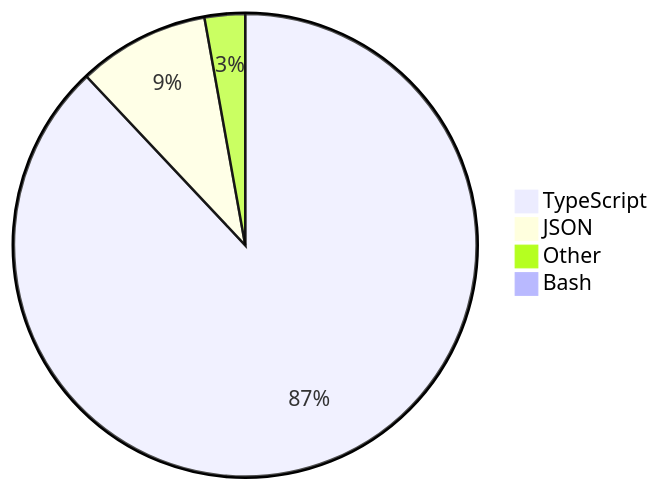
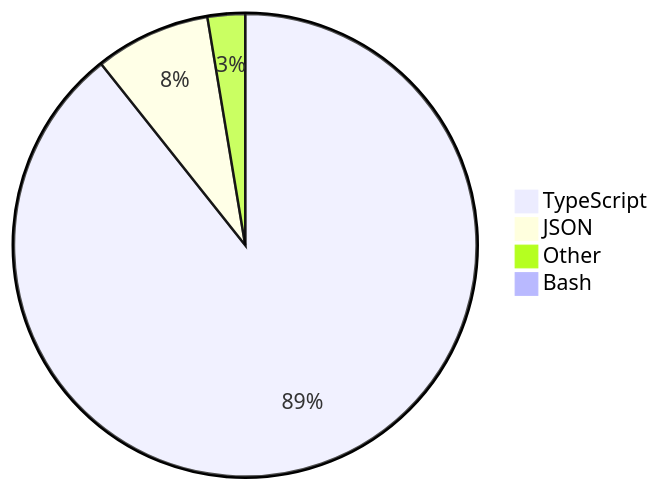
One commit to skvggor/skvggor changed the diagram in README.md. Above: the diagram before and after it, drawn with Mermaid.

Commit message:
Updated waka-readme graph with new metrics

````diff
--- a/README.md
+++ b/README.md
@@ -28,7 +28,7 @@
 ```mermaid
 pie
-    "TypeScript" : 87.2
-    "JSON" : 9.1
-    "Other" : 2.8
-    "Bash" : 0.8
+    "TypeScript" : 88.6
+    "JSON" : 8.0
+    "Other" : 2.6
+    "Bash" : 0.7
 ```
````
